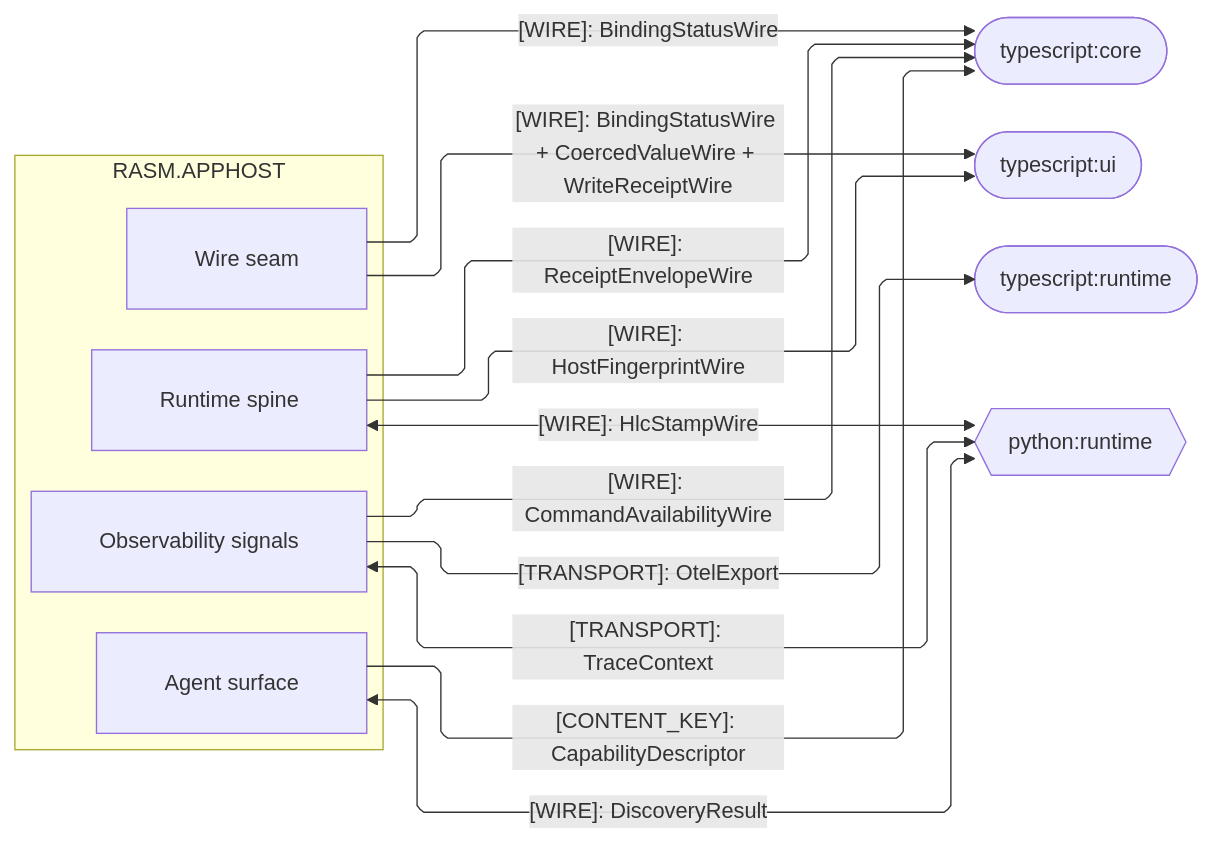
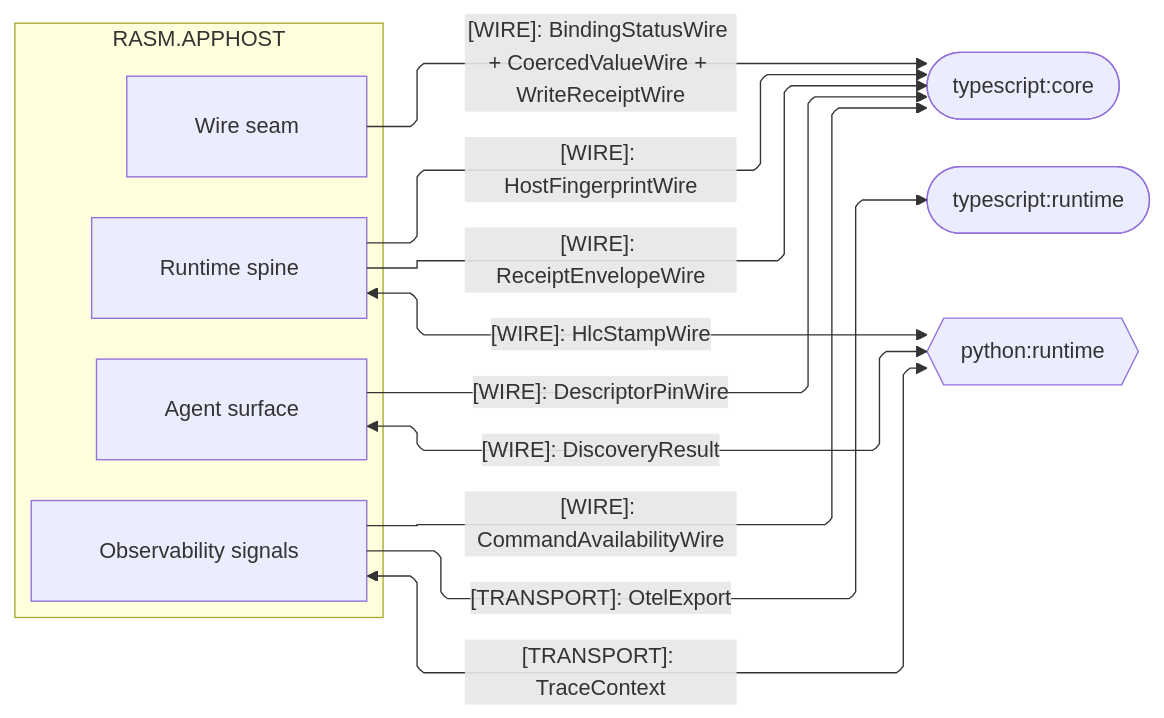
One commit to bsamiee/Rasm changed the second of 4 diagrams in libs/csharp/Rasm.AppHost/ARCHITECTURE.md. Above: the diagram before and after it, drawn with Mermaid. The commit also changed other lines of this file and 115 other files, not shown here.

````diff
--- a/libs/csharp/Rasm.AppHost/ARCHITECTURE.md
+++ b/libs/csharp/Rasm.AppHost/ARCHITECTURE.md
@@ -118,32 +122,30 @@
 ```mermaid
 ---
 config:
   layout: elk
   flowchart:
     curve: linear
     padding: 25
 ---
 flowchart LR
     accTitle: AppHost cross-runtime wire seams
-    accDescr: AppHost sub-domain owners exchanging kinded wires, content keys, and transport with the TypeScript core, ui, and runtime packages and the Python runtime, each edge labeled by its kind and each seam directed one-way or bidirectional.
+    accDescr: Which kinded wires, content keys, and transport cross between AppHost and the TypeScript and Python peers.
     subgraph apphost[RASM.APPHOST]
         Agent[Agent surface]
         Runtime[Runtime spine]
         Wire[Wire seam]
         Observability[Observability signals]
     end
     Core([typescript:core])
-    Ui([typescript:ui])
     TsRuntime([typescript:runtime])
     PyRuntime{{python:runtime}}
-    Agent -->|"[CONTENT_KEY]: CapabilityDescriptor"| Core
-    Runtime -->|"[WIRE]: ReceiptEnvelopeWire"| Core
-    Observability -->|"[WIRE]: CommandAvailabilityWire"| Core
-    Wire -->|"[WIRE]: BindingStatusWire"| Core
-    Wire -->|"[WIRE]: BindingStatusWire + CoercedValueWire + WriteReceiptWire"| Ui
-    Runtime -->|"[WIRE]: HostFingerprintWire"| Ui
-    Observability -->|"[TRANSPORT]: OtelExport"| TsRuntime
-    Agent <-->|"[WIRE]: DiscoveryResult"| PyRuntime
-    Observability <-->|"[TRANSPORT]: TraceContext"| PyRuntime
-    Runtime <-->|"[WIRE]: HlcStampWire"| PyRuntime
+    Agent e1@-->|"[WIRE]: DescriptorPinWire"| Core
+    Runtime e2@-->|"[WIRE]: ReceiptEnvelopeWire"| Core
+    Observability e3@-->|"[WIRE]: CommandAvailabilityWire"| Core
+    Wire e4@-->|"[WIRE]: BindingStatusWire + CoercedValueWire + WriteReceiptWire"| Core
+    Runtime e5@-->|"[WIRE]: HostFingerprintWire"| Core
+    Observability e6@-->|"[TRANSPORT]: OtelExport"| TsRuntime
+    Agent e7@<-->|"[WIRE]: DiscoveryResult"| PyRuntime
+    Observability e8@<-->|"[TRANSPORT]: TraceContext"| PyRuntime
+    Runtime e9@<-->|"[WIRE]: HlcStampWire"| PyRuntime
 ```
````
